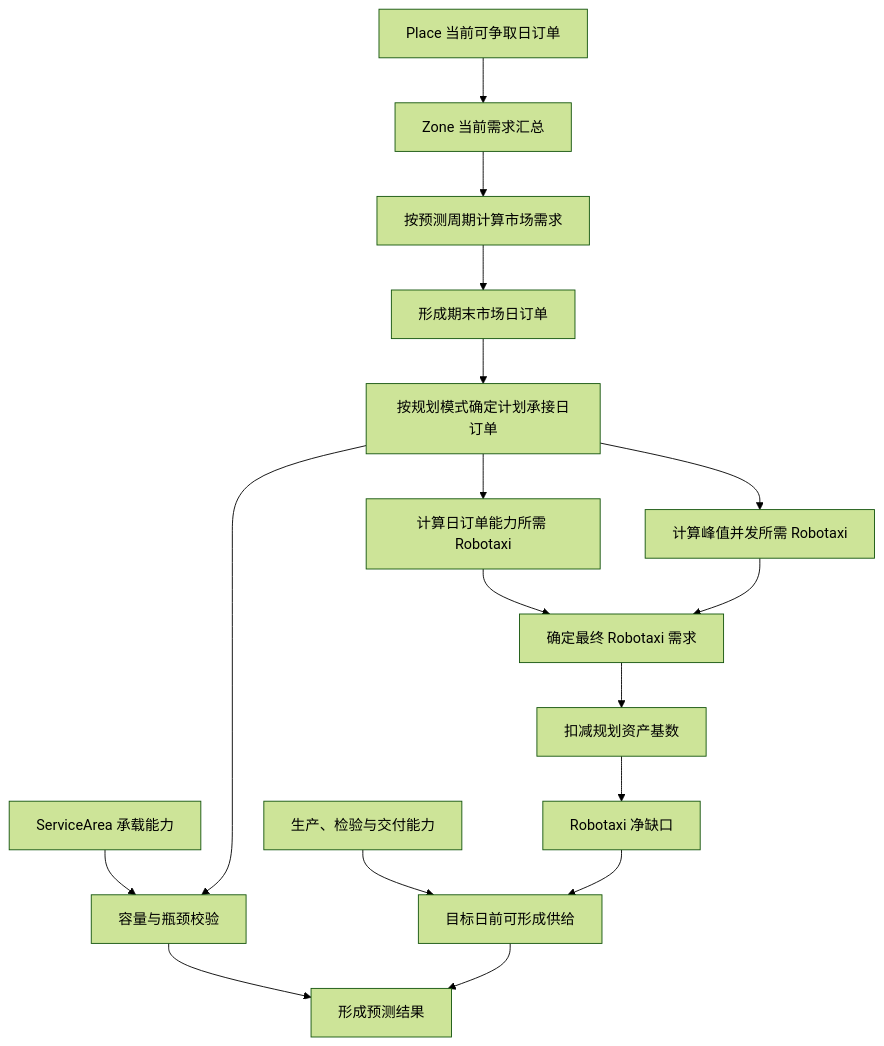
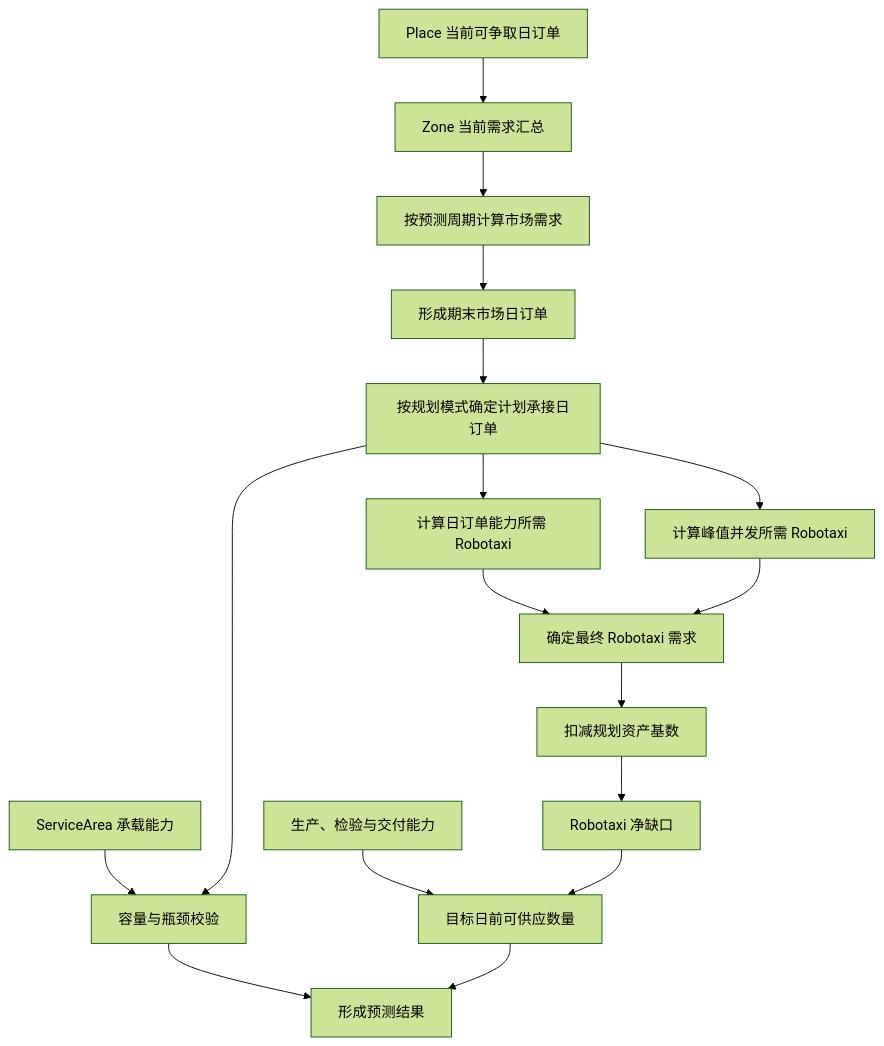
Before and after one commit to Chizheng4/robotaxi: the second of 2 diagrams in doc/00-business-planning/04-long-term-demand-forecast-strategy.md, drawn with Mermaid (forest theme). The commit also changed other lines of this file and 36 other files, not shown here.

````diff
--- a/doc/00-business-planning/04-long-term-demand-forecast-strategy.md
+++ b/doc/00-business-planning/04-long-term-demand-forecast-strategy.md
@@ -60,19 +60,19 @@
 ```mermaid
 flowchart TD
   A["Place 当前可争取日订单"] --> B["Zone 当前需求汇总"]
   B --> C["按预测周期计算市场需求"]
   C --> D["形成期末市场日订单"]
   D --> E["按规划模式确定计划承接日订单"]
   E --> F["计算日订单能力所需 Robotaxi"]
   E --> G["计算峰值并发所需 Robotaxi"]
   F --> H["确定最终 Robotaxi 需求"]
   G --> H
   I["ServiceArea 承载能力"] --> J["容量与瓶颈校验"]
   E --> J
   H --> K["扣减规划资产基数"]
   K --> L["Robotaxi 净缺口"]
-  M["生产、检验与交付能力"] --> N["目标日前可形成供给"]
+  M["生产、检验与交付能力"] --> N["目标日前可供应数量"]
   L --> N
   J --> O["形成预测结果"]
   N --> O
 ```
````
